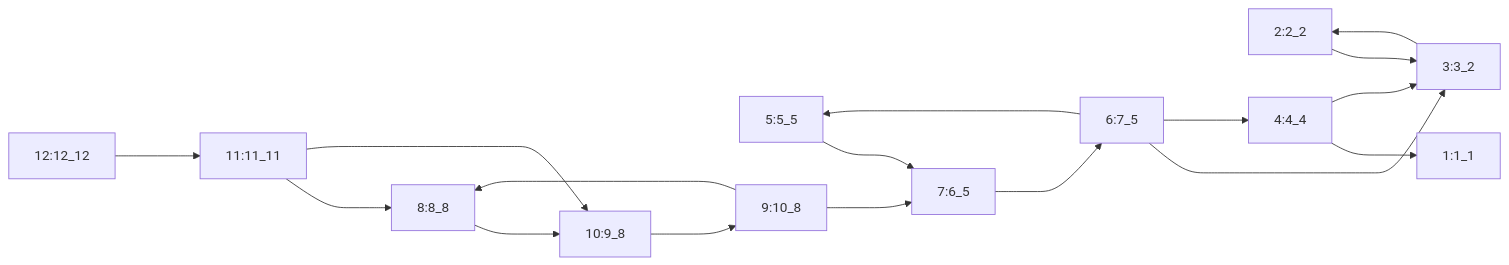
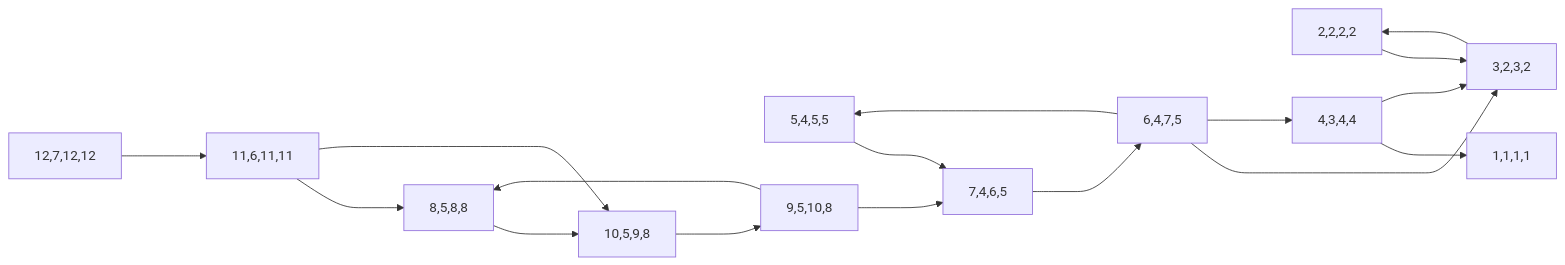
Before and after one commit to xtf0214/CPP: diagram 24 of 24 in OI-ACM/Graph/graph.md, drawn with Mermaid. The commit also changed other lines of this file, not shown here.

Commit message:
图论可视化

````diff
--- a/OI-ACM/Graph/graph.md
+++ b/OI-ACM/Graph/graph.md
@@ -334,31 +369,31 @@
 ```mermaid
 flowchart LR
-1[1:1_1]
-2[2:2_2]
-3[3:3_2]
-4[4:4_4]
-5[5:5_5]
-6[6:7_5]
-7[7:6_5]
-8[8:8_8]
-9[9:10_8]
-10[10:9_8]
-11[11:11_11]
-12[12:12_12]
+1["1,1,1,1"]
+2["2,2,2,2"]
+3["3,2,3,2"]
+4["4,3,4,4"]
+5["5,4,5,5"]
+6["6,4,7,5"]
+7["7,4,6,5"]
+8["8,5,8,8"]
+9["9,5,10,8"]
+10["10,5,9,8"]
+11["11,6,11,11"]
+12["12,7,12,12"]
 2--->3
 3--->2
 4--->1
 4--->3
 5--->7
 6--->3
 6--->4
 6--->5
 7--->6
 8--->10
 9--->7
 9--->8
 10--->9
 11--->8
 11--->10
 12--->11
 ```
````
